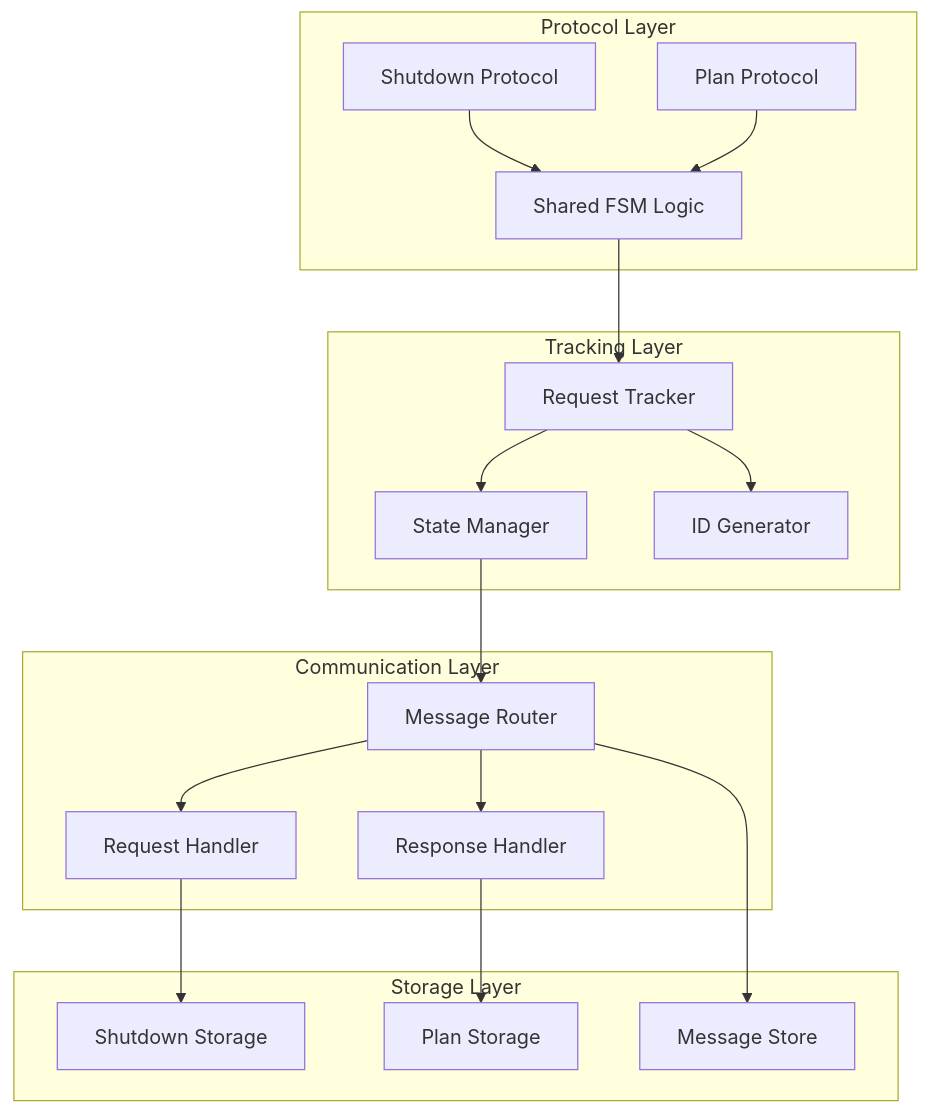
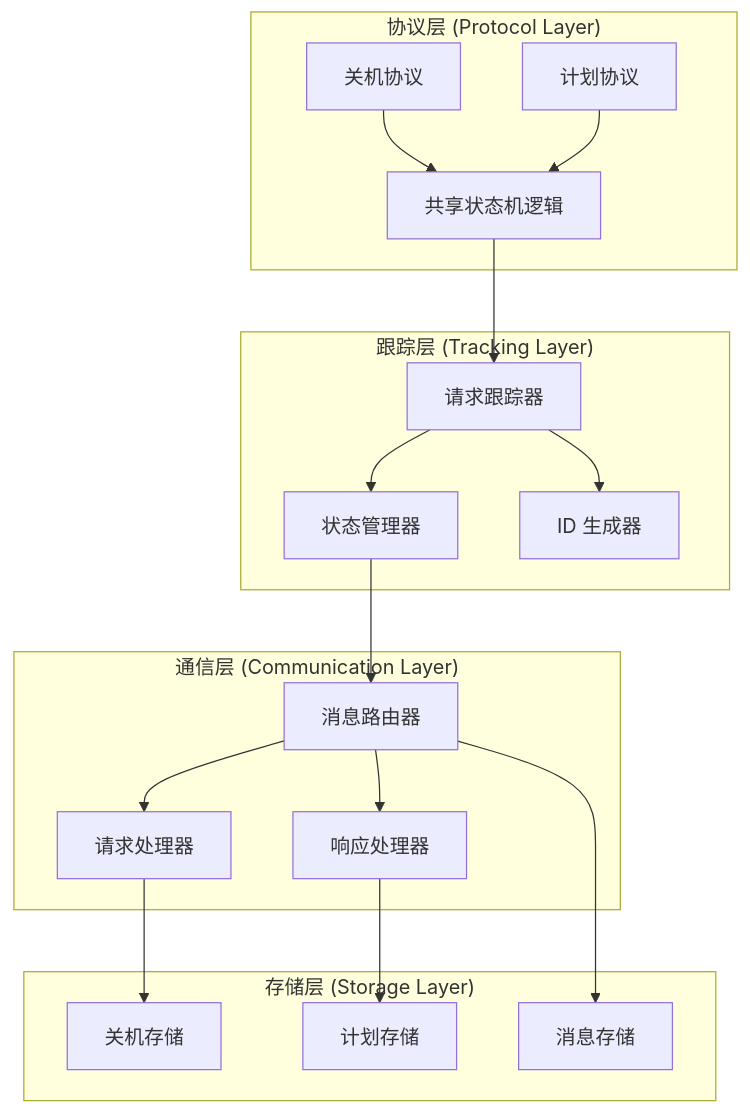
Before and after one commit to duzhenxun/ai-agent-study: the eighth of 9 diagrams in s10/s10-team-protocols.md, drawn with Mermaid. The commit also changed other lines of this file and 2 other files, not shown here.

````diff
--- a/s10/s10-team-protocols.md
+++ b/s10/s10-team-protocols.md
@@ -390,40 +390,40 @@
 ```mermaid
 graph TB
-    subgraph "Protocol Layer"
-        ShutdownProtocol[Shutdown Protocol]
-        PlanProtocol[Plan Protocol]
-        SharedLogic[Shared FSM Logic]
+    subgraph "协议层 (Protocol Layer)"
+        ShutdownProtocol[关机协议]
+        PlanProtocol[计划协议]
+        SharedLogic[共享状态机逻辑]
     end
 
-    subgraph "Tracking Layer"
-        RequestTracker[Request Tracker]
-        StateManager[State Manager]
-        IDGenerator[ID Generator]
+    subgraph "跟踪层 (Tracking Layer)"
+        RequestTracker[请求跟踪器]
+        StateManager[状态管理器]
+        IDGenerator[ID 生成器]
     end
 
-    subgraph "Communication Layer"
-        MessageRouter[Message Router]
-        RequestHandler[Request Handler]
-        ResponseHandler[Response Handler]
+    subgraph "通信层 (Communication Layer)"
+        MessageRouter[消息路由器]
+        RequestHandler[请求处理器]
+        ResponseHandler[响应处理器]
     end
 
-    subgraph "Storage Layer"
-        ShutdownStore[Shutdown Storage]
-        PlanStore[Plan Storage]
-        MessageStore[Message Store]
+    subgraph "存储层 (Storage Layer)"
+        ShutdownStore[关机存储]
+        PlanStore[计划存储]
+        MessageStore[消息存储]
     end
 
     ShutdownProtocol --> SharedLogic
     PlanProtocol --> SharedLogic
     SharedLogic --> RequestTracker
 
     RequestTracker --> StateManager
     RequestTracker --> IDGenerator
     StateManager --> MessageRouter
 
     MessageRouter --> RequestHandler
     MessageRouter --> ResponseHandler
     RequestHandler --> ShutdownStore
     ResponseHandler --> PlanStore
     MessageRouter --> MessageStore
 ```
````
